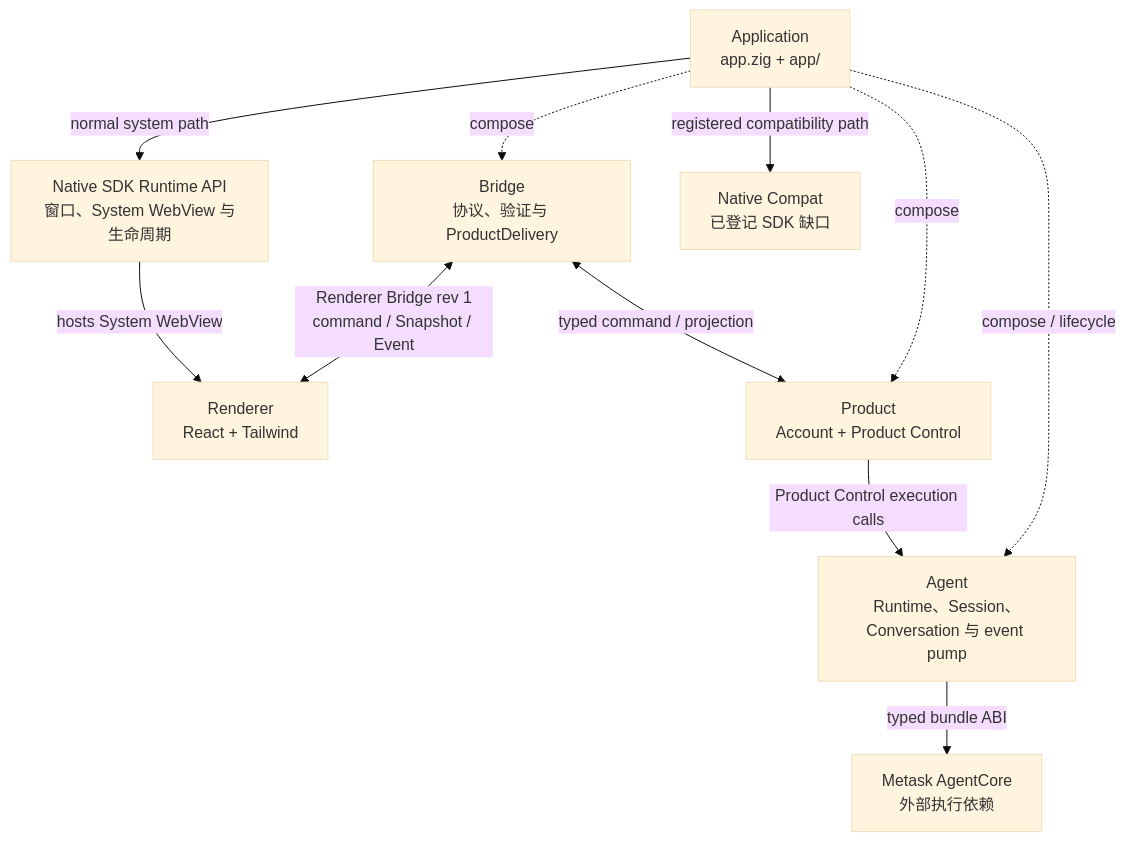
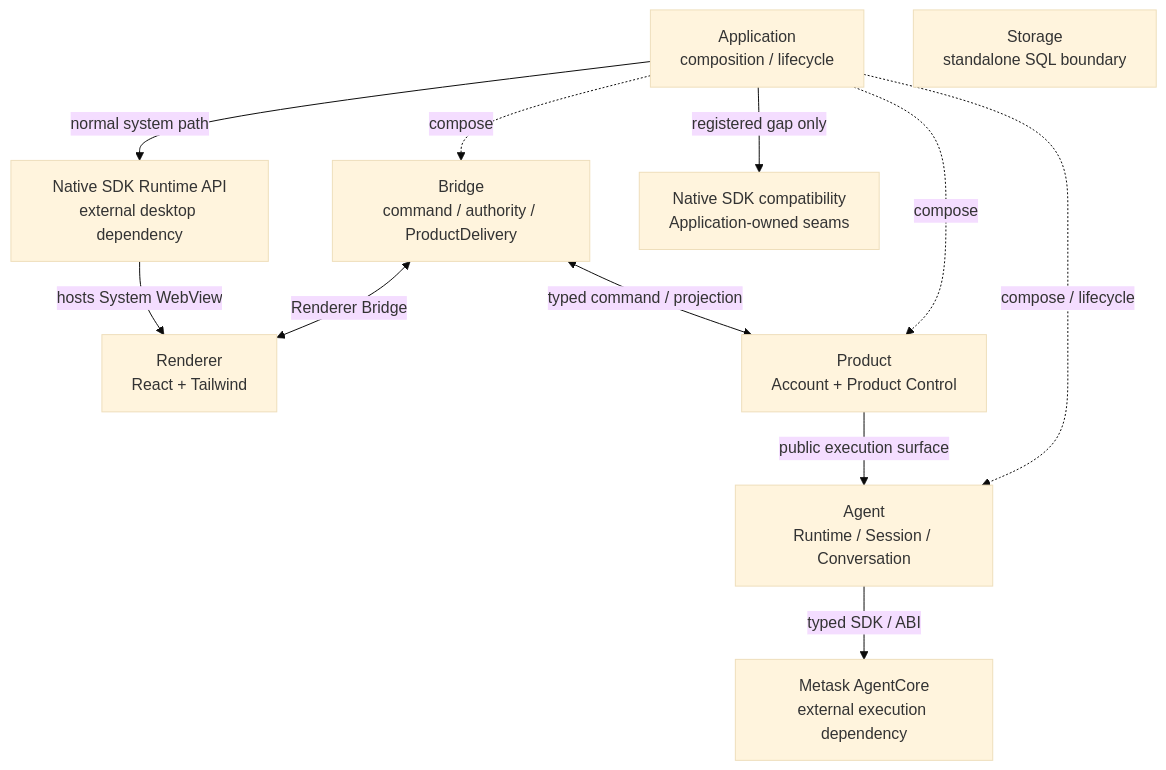
The diagram in docs/architecture.md (metask-ai/metawork), drawn with Mermaid (base theme) before and after one commit. The commit also changed other lines of this file, not shown here.

Commit message:
docs: narrow high-level architecture responsibilities

````diff
--- a/docs/architecture.md
+++ b/docs/architecture.md
@@ -28,22 +27,23 @@
 ```mermaid
 flowchart TB
     RENDERER["Renderer<br/>React + Tailwind"]
-    APPLICATION["Application<br/>app.zig + app/"]
-    BRIDGE["Bridge<br/>协议、验证与 ProductDelivery"]
+    APPLICATION["Application<br/>composition / lifecycle"]
+    BRIDGE["Bridge<br/>command / authority / ProductDelivery"]
     PRODUCT["Product<br/>Account + Product Control"]
-    AGENT["Agent<br/>Runtime、Session、Conversation 与 event pump"]
-    AGENTCORE["Metask AgentCore<br/>外部执行依赖"]
-    NATIVE_RUNTIME["Native SDK Runtime API<br/>窗口、System WebView 与生命周期"]
-    NATIVE_COMPAT["Native Compat<br/>已登记 SDK 缺口"]
+    AGENT["Agent<br/>Runtime / Session / Conversation"]
+    STORAGE["Storage<br/>standalone SQL boundary"]
+    AGENTCORE["Metask AgentCore<br/>external execution dependency"]
+    NATIVE_RUNTIME["Native SDK Runtime API<br/>external desktop dependency"]
+    NATIVE_COMPAT["Native SDK compatibility<br/>Application-owned seams"]
 
     APPLICATION -. "compose" .-> BRIDGE
     APPLICATION -. "compose" .-> PRODUCT
     APPLICATION -. "compose / lifecycle" .-> AGENT
-    BRIDGE <-->|"Renderer Bridge rev 1<br/>command / Snapshot / Event"| RENDERER
+    BRIDGE <-->|"Renderer Bridge"| RENDERER
     BRIDGE <-->|"typed command / projection"| PRODUCT
-    PRODUCT -->|"Product Control execution calls"| AGENT
-    AGENT -->|"typed bundle ABI"| AGENTCORE
+    PRODUCT -->|"public execution surface"| AGENT
+    AGENT -->|"typed SDK / ABI"| AGENTCORE
     APPLICATION -->|"normal system path"| NATIVE_RUNTIME
-    APPLICATION -->|"registered compatibility path"| NATIVE_COMPAT
+    APPLICATION -->|"registered gap only"| NATIVE_COMPAT
     NATIVE_RUNTIME -->|"hosts System WebView"| RENDERER
 ```
````
